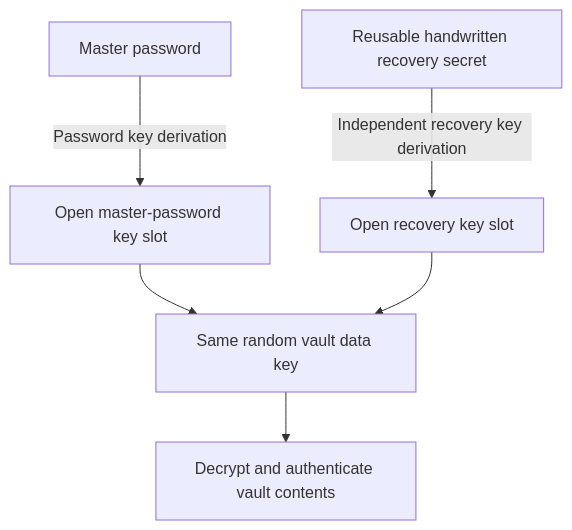
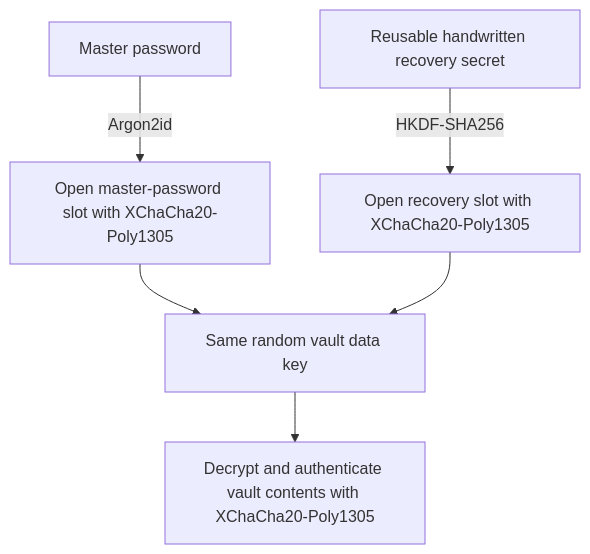
The third of 4 diagrams in docs/system-design.md (versatileisonline/codeward), drawn with Mermaid before and after one commit. The commit also changed other lines of this file and 4 other files, not shown here.

````diff
--- a/docs/system-design.md
+++ b/docs/system-design.md
@@ -86,8 +87,8 @@
 ```mermaid
 flowchart TB
-    password["Master password"] -->|"Password key derivation"| normal["Open master-password key slot"]
-    recovery["Reusable handwritten recovery secret"] -->|"Independent recovery key derivation"| backup["Open recovery key slot"]
+    password["Master password"] -->|"Argon2id"| normal["Open master-password slot with XChaCha20-Poly1305"]
+    recovery["Reusable handwritten recovery secret"] -->|"HKDF-SHA256"| backup["Open recovery slot with XChaCha20-Poly1305"]
     normal --> key["Same random vault data key"]
     backup --> key
-    key --> contents["Decrypt and authenticate vault contents"]
+    key --> contents["Decrypt and authenticate vault contents with XChaCha20-Poly1305"]
 ```
````
